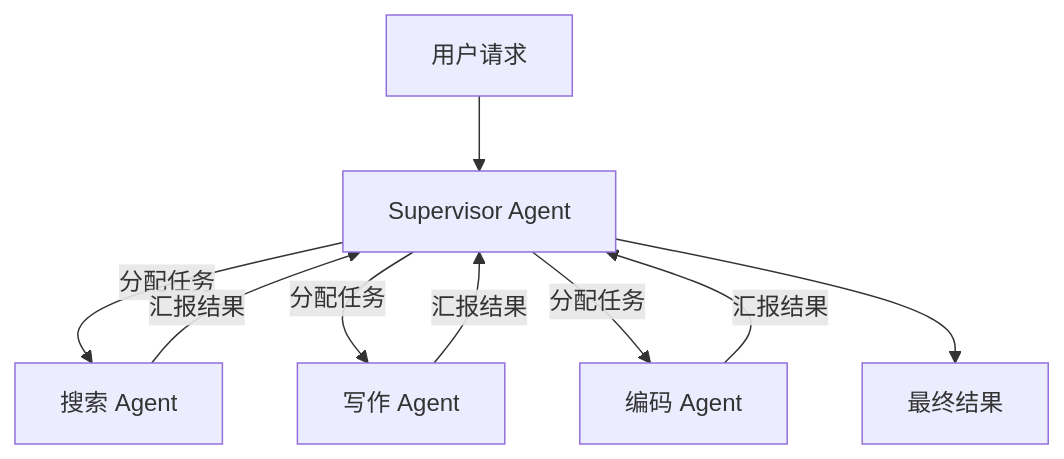
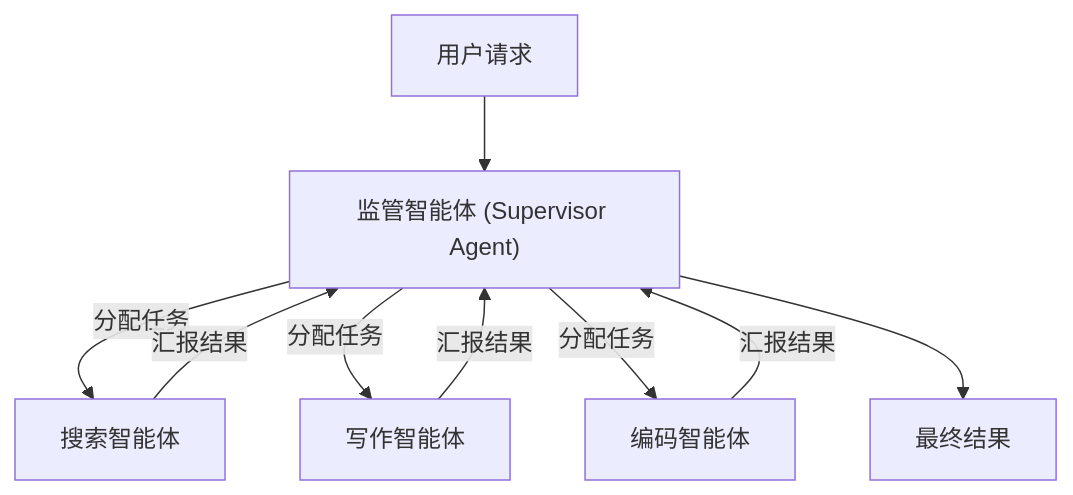
The second of 3 diagrams in 05_collaboration/5.1_architectures.md (yeasy/agentic_ai_guide), drawn with Mermaid before and after one commit. The commit also changed other lines of this file and 75 other files, not shown here.

````diff
--- a/05_collaboration/5.1_architectures.md
+++ b/05_collaboration/5.1_architectures.md
@@ -76,11 +76,11 @@
 ```mermaid
 graph TD
-    User["用户请求"] --> Supervisor["Supervisor Agent"]
-    Supervisor -->|"分配任务"| Search["搜索 Agent"]
-    Supervisor -->|"分配任务"| Write["写作 Agent"]
-    Supervisor -->|"分配任务"| Code["编码 Agent"]
+    User["用户请求"] --> Supervisor["监管智能体 (Supervisor Agent)"]
+    Supervisor -->|"分配任务"| Search["搜索智能体"]
+    Supervisor -->|"分配任务"| Write["写作智能体"]
+    Supervisor -->|"分配任务"| Code["编码智能体"]
     Search -->|"汇报结果"| Supervisor
     Write -->|"汇报结果"| Supervisor
     Code -->|"汇报结果"| Supervisor
     Supervisor --> Result["最终结果"]
 ```
````
